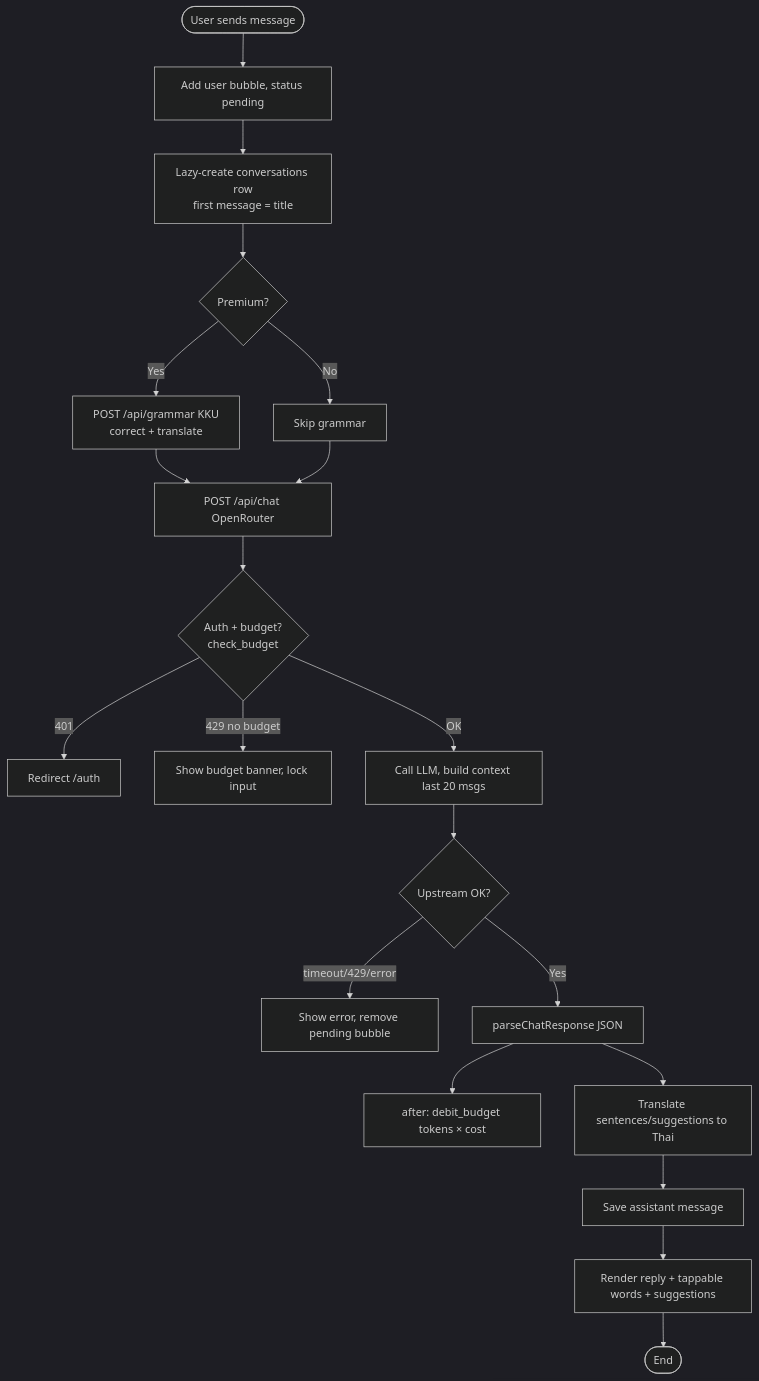
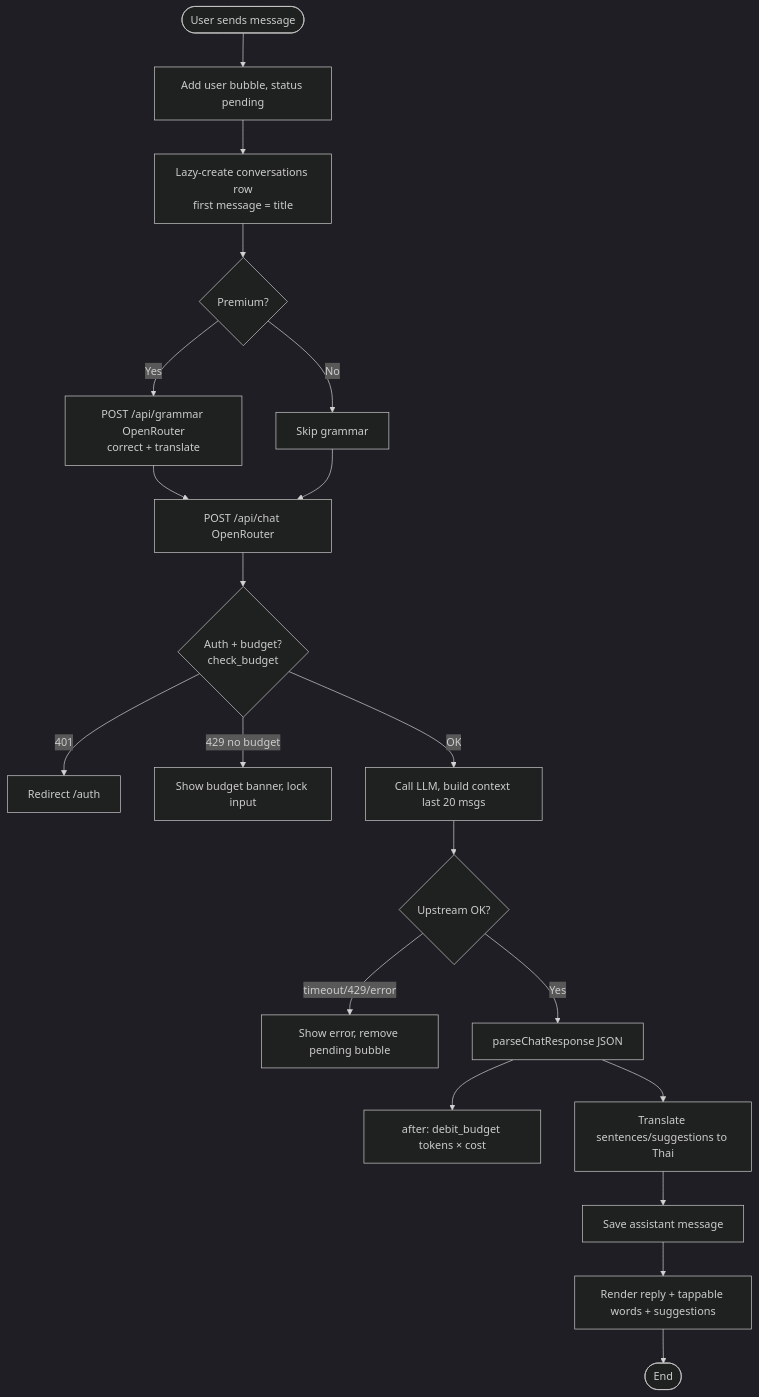
Before and after one commit to PATHAPHON/Evely-ai-project: the diagram in tranly/design-docs/flowchart.md, drawn with Mermaid (dark theme). The commit also changed 16 other files, not shown here.

Commit message:
refactor(ai): switch to Google Gemini 3.1 Flash Lite via OpenRouter and remove KKU/DeepL

````diff
--- a/tranly/design-docs/flowchart.md
+++ b/tranly/design-docs/flowchart.md
@@ -5,22 +5,22 @@
 ```mermaid
 flowchart TD
     Start([User sends message]) --> AddUser[Add user bubble, status pending]
     AddUser --> SaveRow[Lazy-create conversations row<br/>first message = title]
     SaveRow --> Premium{Premium?}
-    Premium -->|Yes| Grammar[POST /api/grammar KKU<br/>correct + translate]
+    Premium -->|Yes| Grammar[POST /api/grammar OpenRouter<br/>correct + translate]
     Premium -->|No| Skip[Skip grammar]
     Grammar --> Chat
     Skip --> Chat[POST /api/chat OpenRouter]
     Chat --> Auth{Auth + budget?<br/>check_budget}
     Auth -->|401| ToAuth[Redirect /auth]
     Auth -->|429 no budget| Banner[Show budget banner, lock input]
     Auth -->|OK| Call[Call LLM, build context last 20 msgs]
     Call --> Resp{Upstream OK?}
     Resp -->|timeout/429/error| Err[Show error, remove pending bubble]
     Resp -->|Yes| Parse[parseChatResponse JSON]
     Parse --> Debit[after: debit_budget tokens × cost]
     Parse --> Translate[Translate sentences/suggestions to Thai]
     Translate --> Persist[Save assistant message]
     Persist --> Render[Render reply + tappable words + suggestions]
     Render --> End([End])
 ```
````
